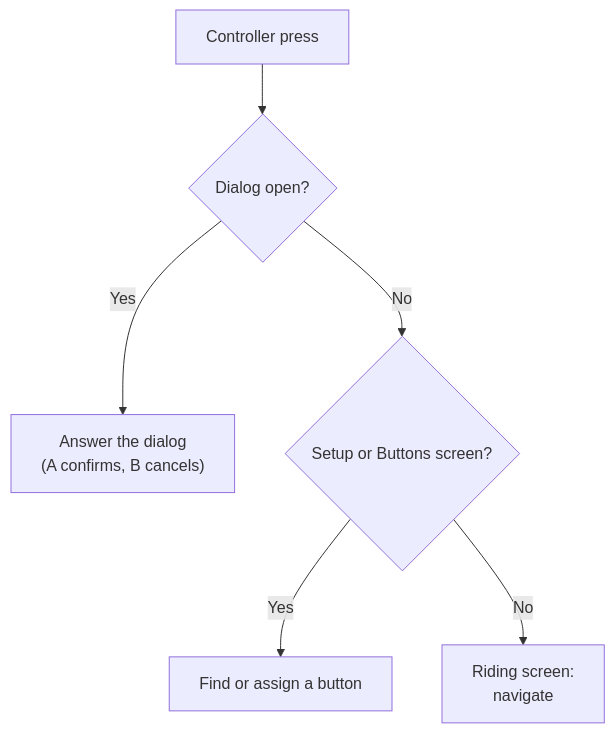
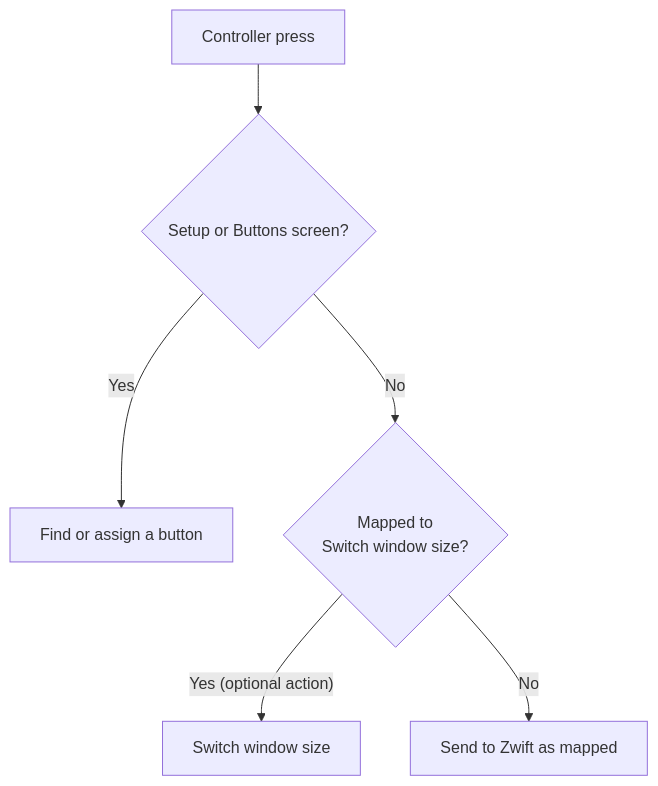
The diagram in docs/spec/ux/controller-input.md (VoltageSolutions/GameControllerForZwift), drawn with Mermaid before and after one commit. The commit also changed other lines of this file and 9 other files, not shown here.

````diff
--- a/docs/spec/ux/controller-input.md
+++ b/docs/spec/ux/controller-input.md
@@ -35,8 +35,8 @@
 ```mermaid
 flowchart TD
-    P["Controller press"] --> D{"Dialog open?"}
-    D -- Yes --> A["Answer the dialog<br/>(A confirms, B cancels)"]
-    D -- No --> S{"Setup or Buttons screen?"}
+    P["Controller press"] --> S{"Setup or Buttons screen?"}
     S -- Yes --> F["Find or assign a button"]
-    S -- No --> R["Riding screen:<br/>navigate"]
+    S -- No --> W{"Mapped to<br/>Switch window size?"}
+    W -- "Yes (optional action)" --> X["Switch window size"]
+    W -- No --> Z["Send to Zwift as mapped"]
 ```
````
